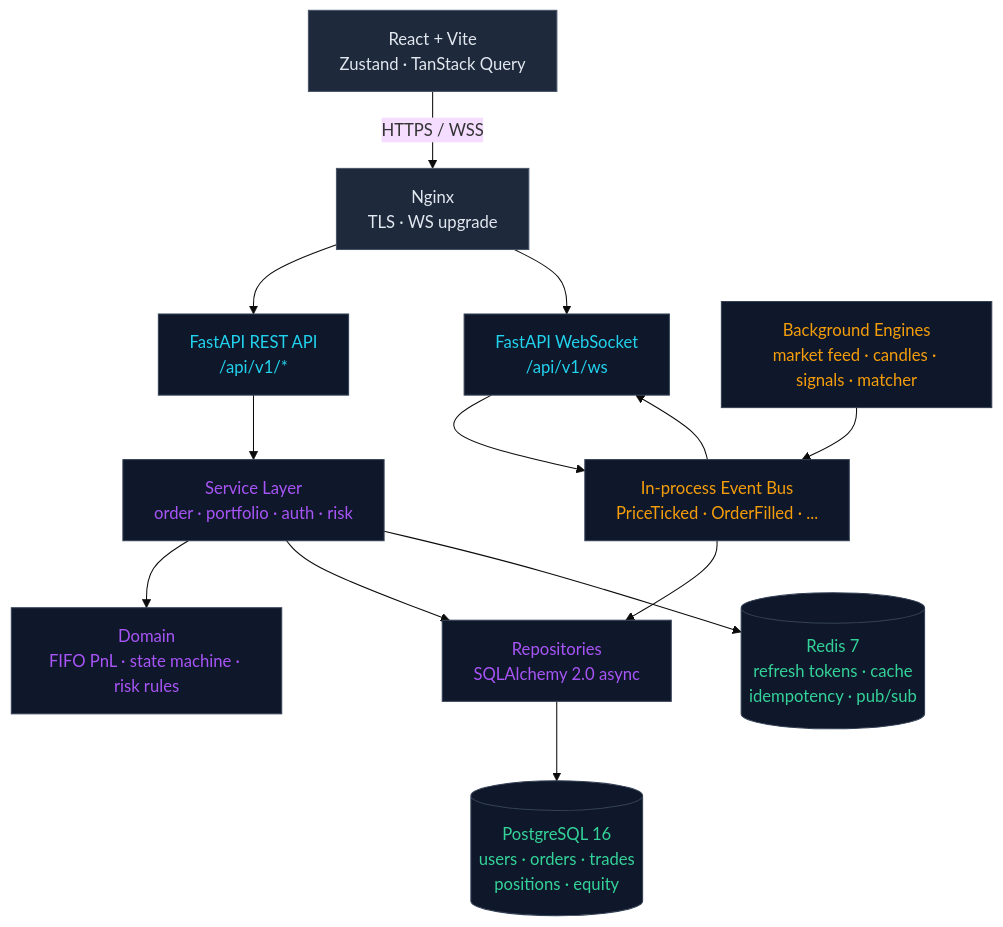
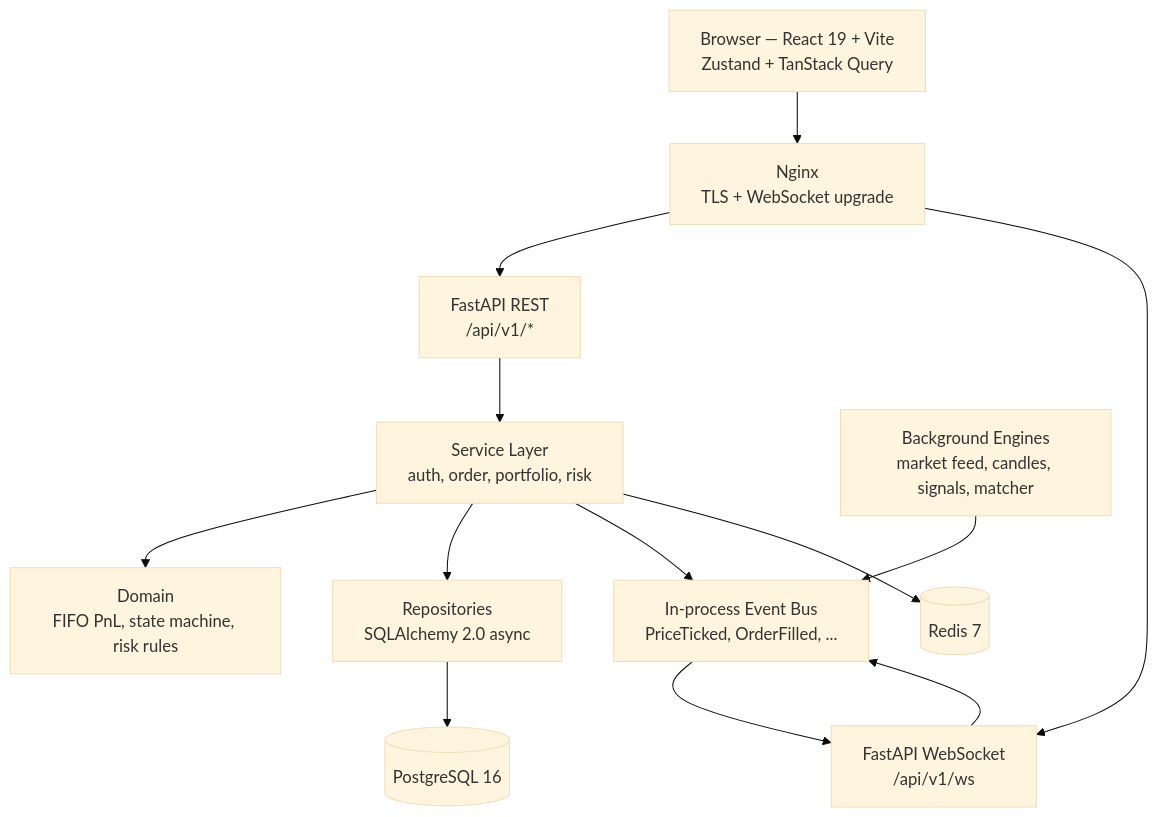
One commit to Akshatx-io/Algorithmic-Trading-Simulator changed the diagram in README.md. Above: the diagram before and after it, drawn with Mermaid (base theme). The commit also changed other lines of this file and 2 other files, not shown here.

Commit message:
fix(readme): replace broken mermaid with rendered SVG + simpler mermaid fallback

````diff
--- a/README.md
+++ b/README.md
@@ -87,30 +96,27 @@
 ```mermaid
 flowchart TB
-    classDef ui fill:#1e293b,stroke:#475569,color:#e2e8f0
-    classDef api fill:#0f172a,stroke:#334155,color:#22d3ee
-    classDef service fill:#0f172a,stroke:#334155,color:#a855f7
-    classDef store fill:#0f172a,stroke:#334155,color:#34d399
-    classDef infra fill:#0f172a,stroke:#334155,color:#f59e0b
+    Browser["Browser — React 19 + Vite<br/>Zustand + TanStack Query"]
+    Nginx["Nginx<br/>TLS + WebSocket upgrade"]
+    REST["FastAPI REST<br/>/api/v1/*"]
+    WS["FastAPI WebSocket<br/>/api/v1/ws"]
+    Services["Service Layer<br/>auth, order, portfolio, risk"]
+    Domain["Domain<br/>FIFO PnL, state machine, risk rules"]
+    Repos["Repositories<br/>SQLAlchemy 2.0 async"]
+    Bus["In-process Event Bus<br/>PriceTicked, OrderFilled, ..."]
+    Engines["Background Engines<br/>market feed, candles, signals, matcher"]
+    Postgres[("PostgreSQL 16")]
+    Redis[("Redis 7")]
 
-    Browser["React + Vite<br/>Zustand · TanStack Query"]:::ui
-    Nginx["Nginx<br/>TLS · WS upgrade"]:::ui
-
-    Browser -- HTTPS / WSS --> Nginx
-    Nginx --> REST["FastAPI REST API<br/>/api/v1/*"]:::api
-    Nginx --> WS["FastAPI WebSocket<br/>/api/v1/ws"]:::api
-
-    REST --> Services["Service Layer<br/>order · portfolio · auth · risk"]:::service
-    WS   --> EventBus
-
-    Services --> Domain["Domain<br/>FIFO PnL · state machine · risk rules"]:::service
-    Services --> Repos["Repositories<br/>SQLAlchemy 2.0 async"]:::service
-    Repos --> Postgres[("PostgreSQL 16<br/>users · orders · trades<br/>positions · equity")]:::store
-    Services --> Redis[("Redis 7<br/>refresh tokens · cache<br/>idempotency · pub/sub")]:::store
-
-    EventBus["In-process Event Bus<br/>PriceTicked · OrderFilled · ..."]:::infra
-    Engines["Background Engines<br/>market feed · candles · signals · matcher"]:::infra
-
-    Engines --> EventBus
-    EventBus --> WS
-    EventBus --> Repos
+    Browser --> Nginx
+    Nginx --> REST
+    Nginx --> WS
+    REST --> Services
+    WS --> Bus
+    Services --> Domain
+    Services --> Repos
+    Services --> Bus
+    Repos --> Postgres
+    Services --> Redis
+    Engines --> Bus
+    Bus --> WS
 ```
````
